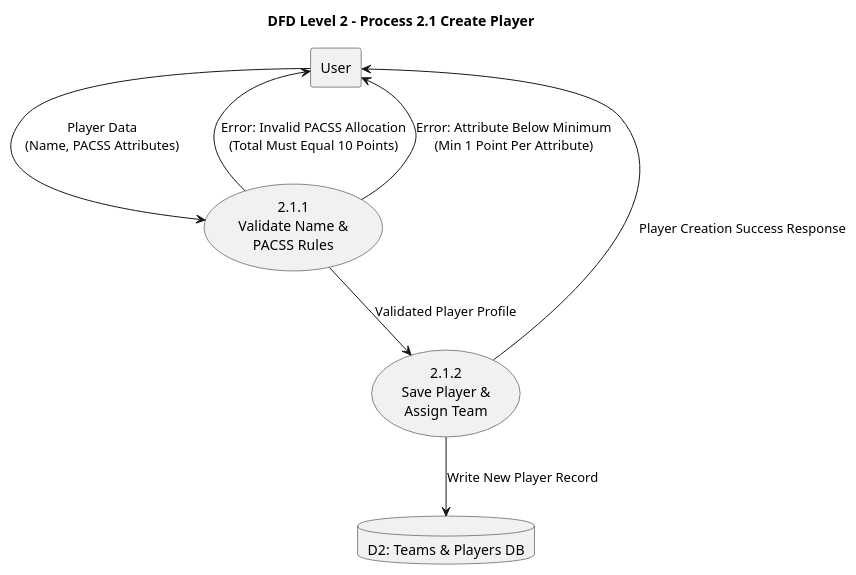
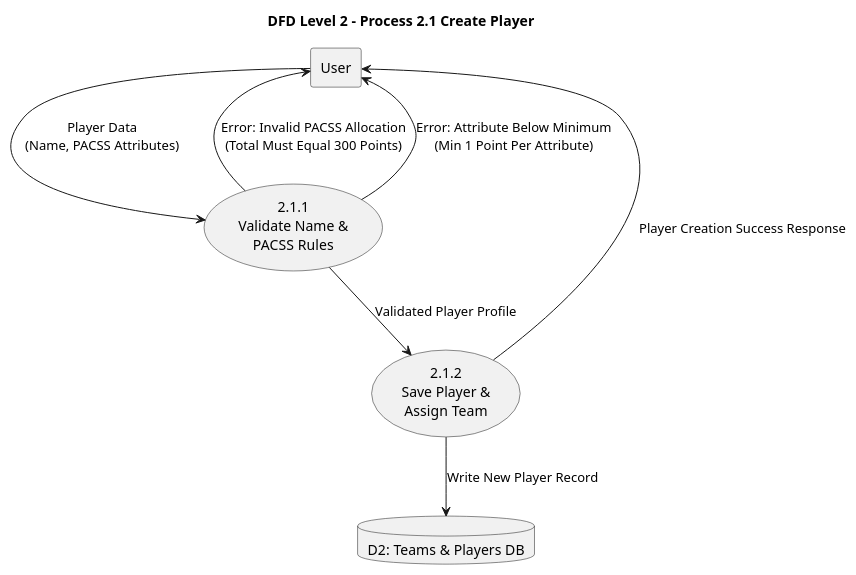
Before and after one commit to IngSoft1-futbot/ProyectDoc-Ing-Soft2026: the seventh of 13 diagrams in DFD.md, drawn with PlantUML. The commit also changed other lines of this file, not shown here.

````diff
--- a/DFD.md
+++ b/DFD.md
@@ -166,22 +166,22 @@
 ```plantuml
 @startuml
 title DFD Level 2 - Process 2.1 Create Player
 
 rectangle "User" as Us
 database "D2: Teams & Players DB" as DB2
 
 usecase "2.1.1\nValidate Name &\nPACSS Rules" as P1
 usecase "2.1.2\nSave Player &\nAssign Team" as P2
 
 ' Step 1: Input & PACSS Validation
 Us --> P1 : Player Data\n(Name, PACSS Attributes)
-P1 --> Us : Error: Invalid PACSS Allocation\n(Total Must Equal 10 Points)
+P1 --> Us : Error: Invalid PACSS Allocation\n(Total Must Equal 300 Points)
 P1 --> Us : Error: Attribute Below Minimum\n(Min 1 Point Per Attribute)
 P1 --> P2 : Validated Player Profile
 
 ' Step 2: Database Persistence & Output
 P2 --> DB2 : Write New Player Record
 P2 --> Us : Player Creation Success Response
 
 @enduml
 ```
````
